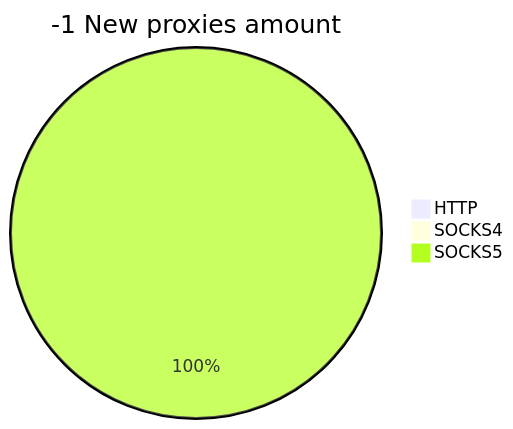
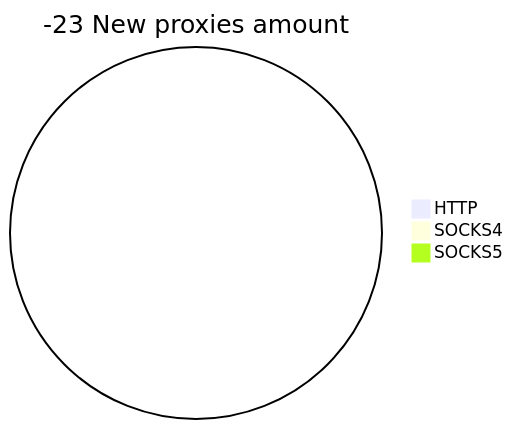
Before and after one commit to cutipu/proxylist: the second of 2 diagrams in README.md, drawn with Mermaid. The commit also changed other lines of this file, not shown here.

````diff
--- a/README.md
+++ b/README.md
@@ -10,6 +10,6 @@
 ```mermaid
-pie title -1 New proxies amount
+pie title -23 New proxies amount
     "HTTP" : 0
     "SOCKS4" : 0
-    "SOCKS5" : 1
+    "SOCKS5" : 0
 ```
````
